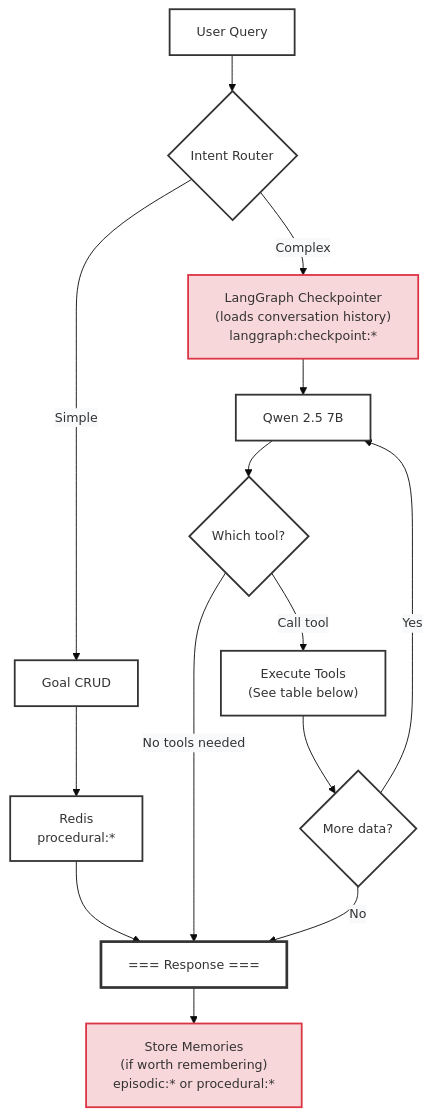
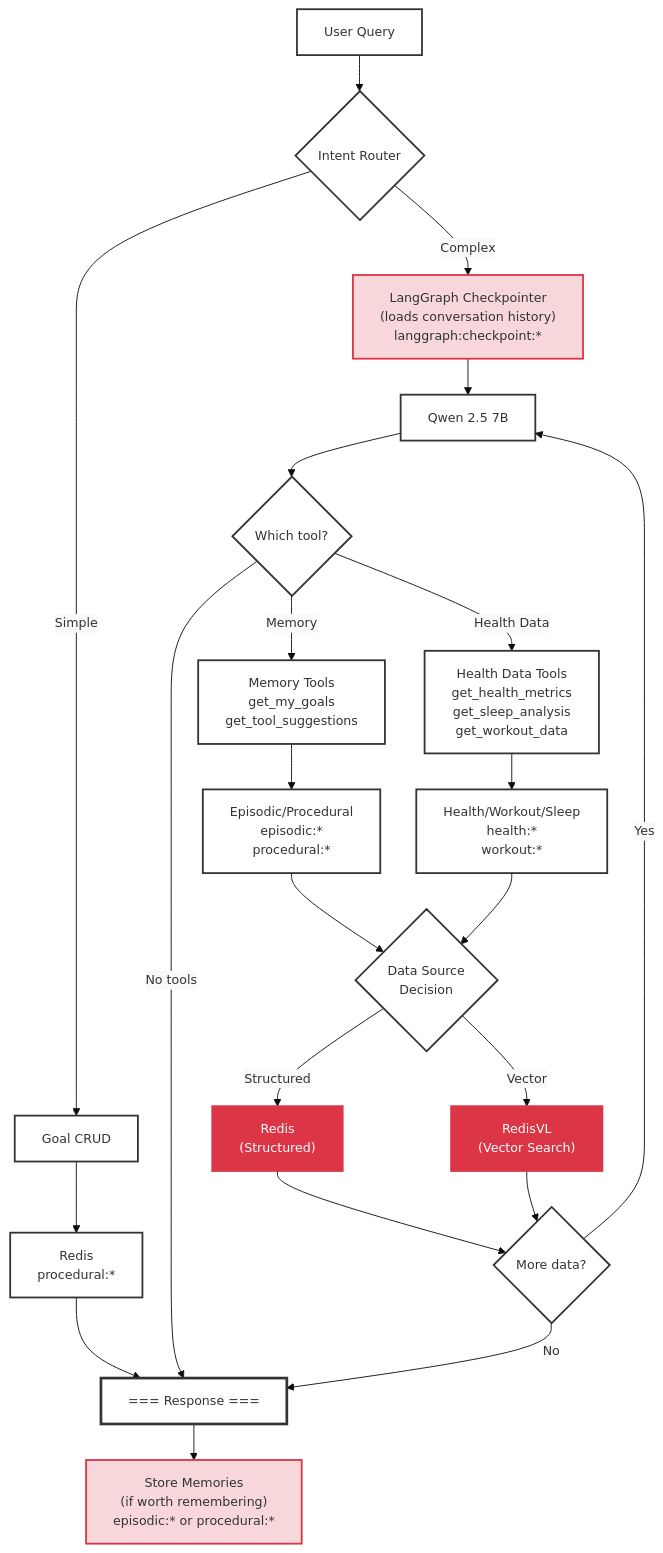
One commit to AllieRays/redis-wellness changed the second of 2 diagrams in docs/STATEFUL_AGENT.md. Above: the diagram before and after it, drawn with Mermaid. The commit also changed other lines of this file, not shown here.

Commit message:
Revert architecture diagram to original, keep detailed workflow diagram

````diff
--- a/docs/STATEFUL_AGENT.md
+++ b/docs/STATEFUL_AGENT.md
@@ -109,39 +90,59 @@
 ```mermaid
 %%{init: {'theme':'base', 'themeVariables': { 'fontSize':'14px', 'edgeLabelBackground':'#f8f9fa'}, 'flowchart': {'nodeSpacing': 40, 'rankSpacing': 40}}}%%
 flowchart TB
     Query["User Query"]
     Router{"Intent Router"}
     GoalOp["Goal CRUD"]
     GoalRedis["Redis<br/>procedural:*"]
     Memory["LangGraph Checkpointer<br/>(loads conversation history)<br/>langgraph:checkpoint:*"]
     LLM["Qwen 2.5 7B"]
     Decision{"Which tool?"}
-    Tools["Execute Tools<br/>(See table below)"]
+    MemoryTools["Memory Tools<br/>get_my_goals<br/>get_tool_suggestions"]
+    HealthTools["Health Data Tools<br/>get_health_metrics<br/>get_sleep_analysis<br/>get_workout_data"]
+    MemoryData["Episodic/Procedural<br/>episodic:*<br/>procedural:*"]
+    HealthData["Health/Workout/Sleep<br/>health:*<br/>workout:*"]
+    DataSource{"Data Source<br/>Decision"}
+    RedisStructured["Redis<br/>(Structured)"]
+    RedisVector["RedisVL<br/>(Vector Search)"]
     Loop{"More data?"}
     Store["Store Memories<br/>(if worth remembering)<br/>episodic:* or procedural:*"]
     Response["=== Response ==="]
     Query --> Router
     Router -->|Simple| GoalOp
     Router -->|Complex| Memory
     GoalOp --> GoalRedis
     GoalRedis --> Response
     Memory --> LLM
     LLM --> Decision
-    Decision -->|Call tool| Tools
-    Decision -->|No tools needed| Response
-    Tools --> Loop
+    Decision -->|Memory| MemoryTools
+    Decision -->|Health Data| HealthTools
+    Decision -->|No tools| Response
+    MemoryTools --> MemoryData
+    HealthTools --> HealthData
+    MemoryData --> DataSource
+    HealthData --> DataSource
+    DataSource -->|Structured| RedisStructured
+    DataSource -->|Vector| RedisVector
+    RedisStructured --> Loop
+    RedisVector --> Loop
     Loop -->|Yes| LLM
     Loop -->|No| Response
     Response --> Store
     style Query fill:#fff,stroke:#333,stroke-width:2px
     style Router fill:#fff,stroke:#333,stroke-width:2px
     style GoalOp fill:#fff,stroke:#333,stroke-width:2px
     style GoalRedis fill:#fff,stroke:#333,stroke-width:2px
     style Memory fill:#f8d7da,stroke:#dc3545,stroke-width:2px
     style LLM fill:#fff,stroke:#333,stroke-width:2px
     style Decision fill:#fff,stroke:#333,stroke-width:2px
-    style Tools fill:#fff,stroke:#333,stroke-width:2px
+    style MemoryTools fill:#fff,stroke:#333,stroke-width:2px
+    style HealthTools fill:#fff,stroke:#333,stroke-width:2px
+    style MemoryData fill:#fff,stroke:#333,stroke-width:2px
+    style HealthData fill:#fff,stroke:#333,stroke-width:2px
+    style DataSource fill:#fff,stroke:#333,stroke-width:2px
+    style RedisStructured fill:#dc3545,stroke:#dc3545,stroke-width:2px,color:#fff
+    style RedisVector fill:#dc3545,stroke:#dc3545,stroke-width:2px,color:#fff
     style Loop fill:#fff,stroke:#333,stroke-width:2px
     style Store fill:#f8d7da,stroke:#dc3545,stroke-width:2px
     style Response fill:#fff,stroke:#333,stroke-width:3px,min-width:300px
 ```
````
